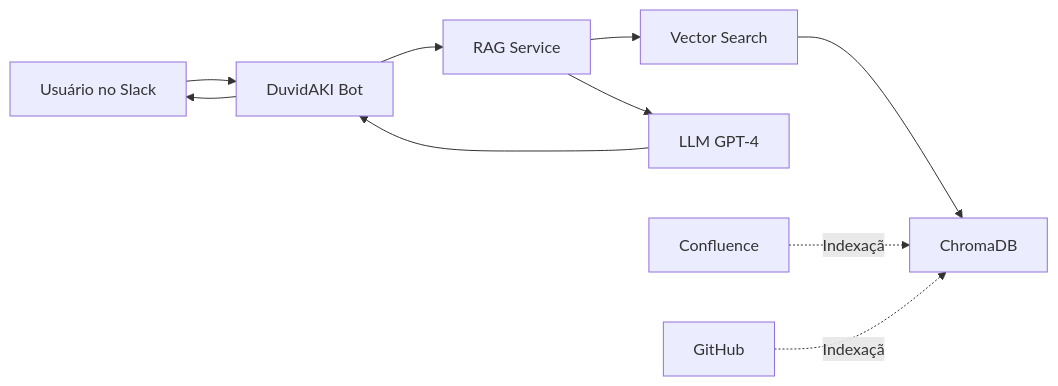
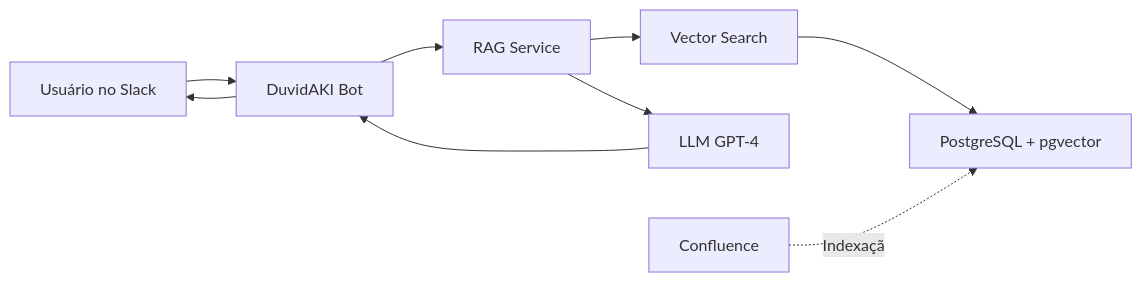
The diagram in README.md (diasz12/chatbot-duvidAKI), drawn with Mermaid before and after one commit. The commit also changed other lines of this file and 21 other files, not shown here.

````diff
--- a/README.md
+++ b/README.md
@@ -73,13 +71,12 @@
 ```mermaid
 graph LR
     A[Usuário no Slack] --> B[DuvidAKI Bot]
     B --> C[RAG Service]
     C --> D[Vector Search]
-    D --> E[ChromaDB]
+    D --> E[PostgreSQL + pgvector]
     C --> F[LLM GPT-4]
     F --> B
     B --> A
 
     G[Confluence] -.Indexação.-> E
-    H[GitHub] -.Indexação.-> E
 ```
````
